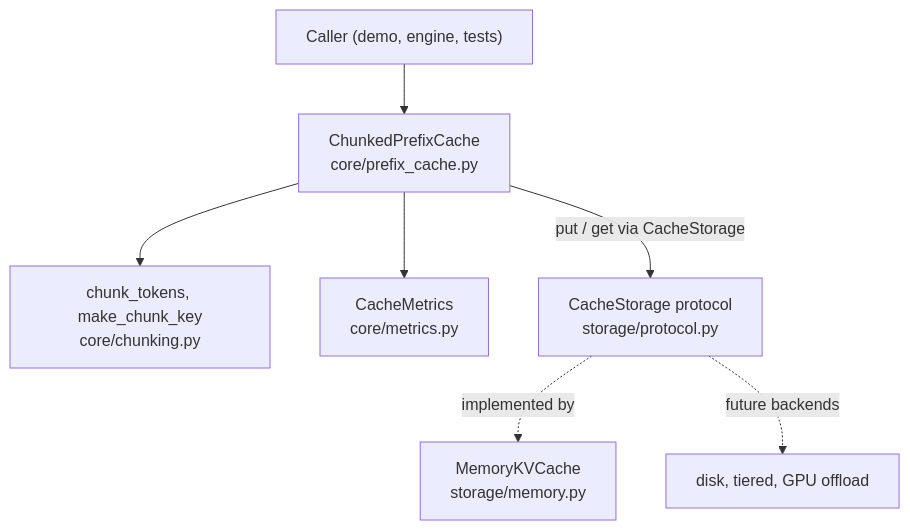
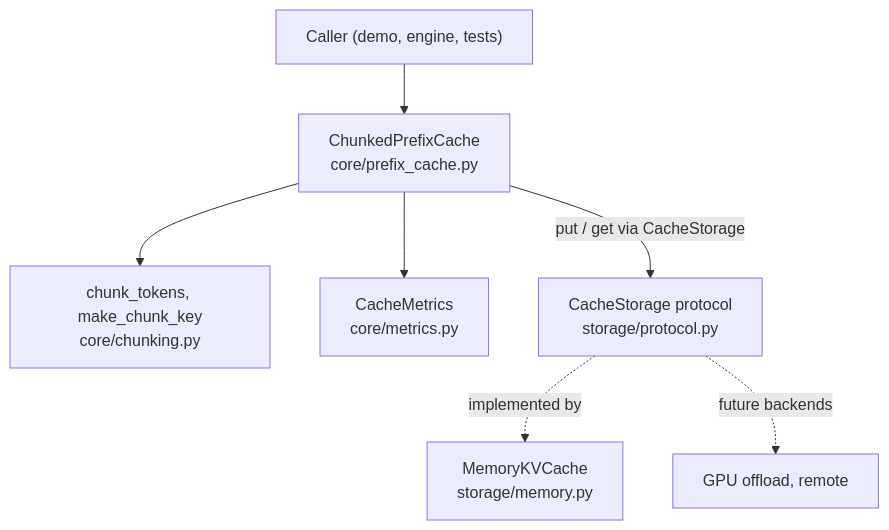
One commit to Dami-wq-k03/nano-lmcache changed the first of 5 diagrams in docs/architecture.md. Above: the diagram before and after it, drawn with Mermaid. The commit also changed other lines of this file and 7 other files, not shown here.

Commit message:
feat: add write-through tiered memory and disk storage

````diff
--- a/docs/architecture.md
+++ b/docs/architecture.md
@@ -10,9 +10,9 @@
 ```mermaid
 graph TD
     Caller["Caller (demo, engine, tests)"] --> PC["ChunkedPrefixCache<br/>core/prefix_cache.py"]
     PC --> CH["chunk_tokens, make_chunk_key<br/>core/chunking.py"]
     PC --> MET["CacheMetrics<br/>core/metrics.py"]
     PC -->|"put / get via CacheStorage"| ST["CacheStorage protocol<br/>storage/protocol.py"]
     ST -.->|implemented by| MEM["MemoryKVCache<br/>storage/memory.py"]
-    ST -.->|"future backends"| FUT["disk, tiered, GPU offload"]
+    ST -.->|"future backends"| FUT["GPU offload, remote"]
 ```
````
